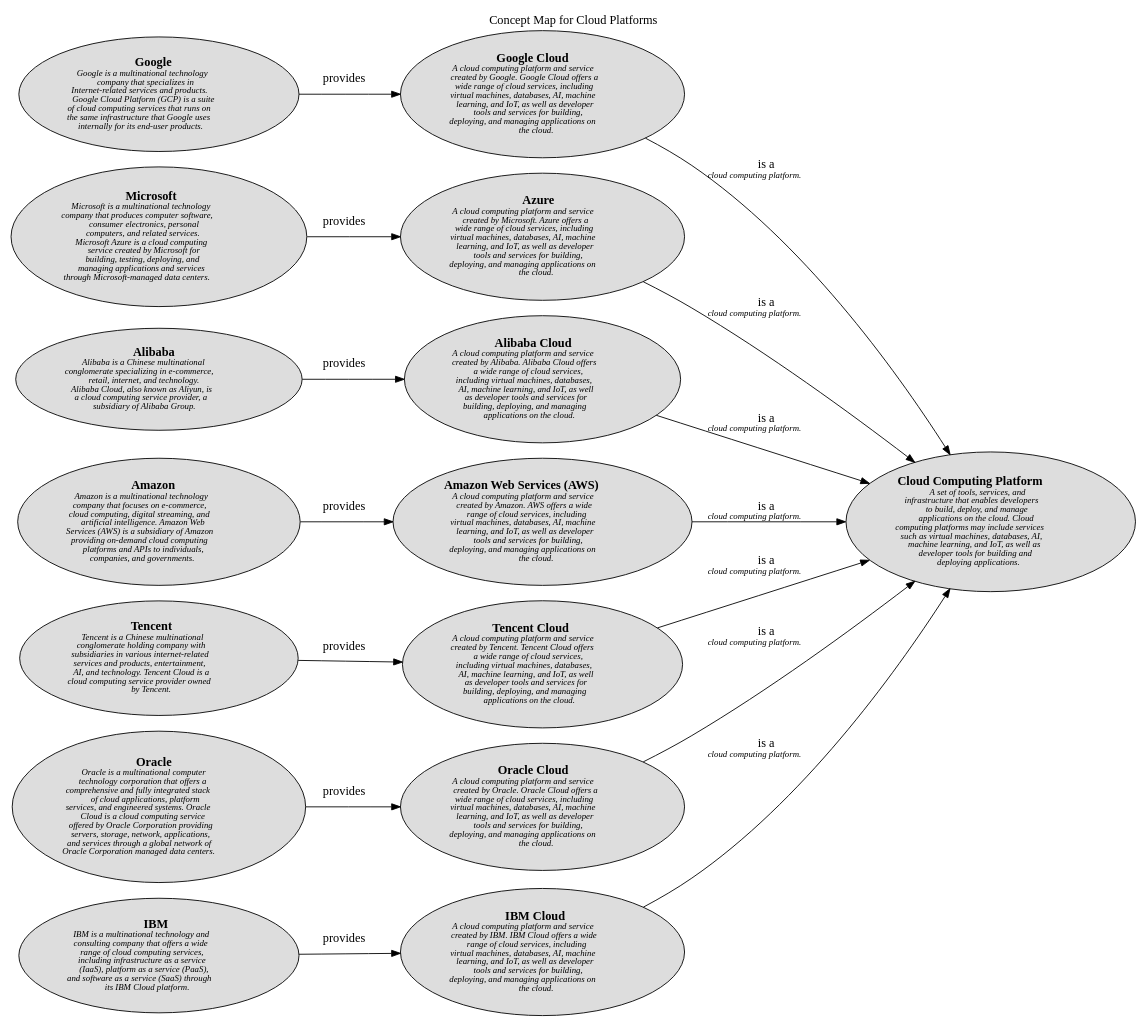
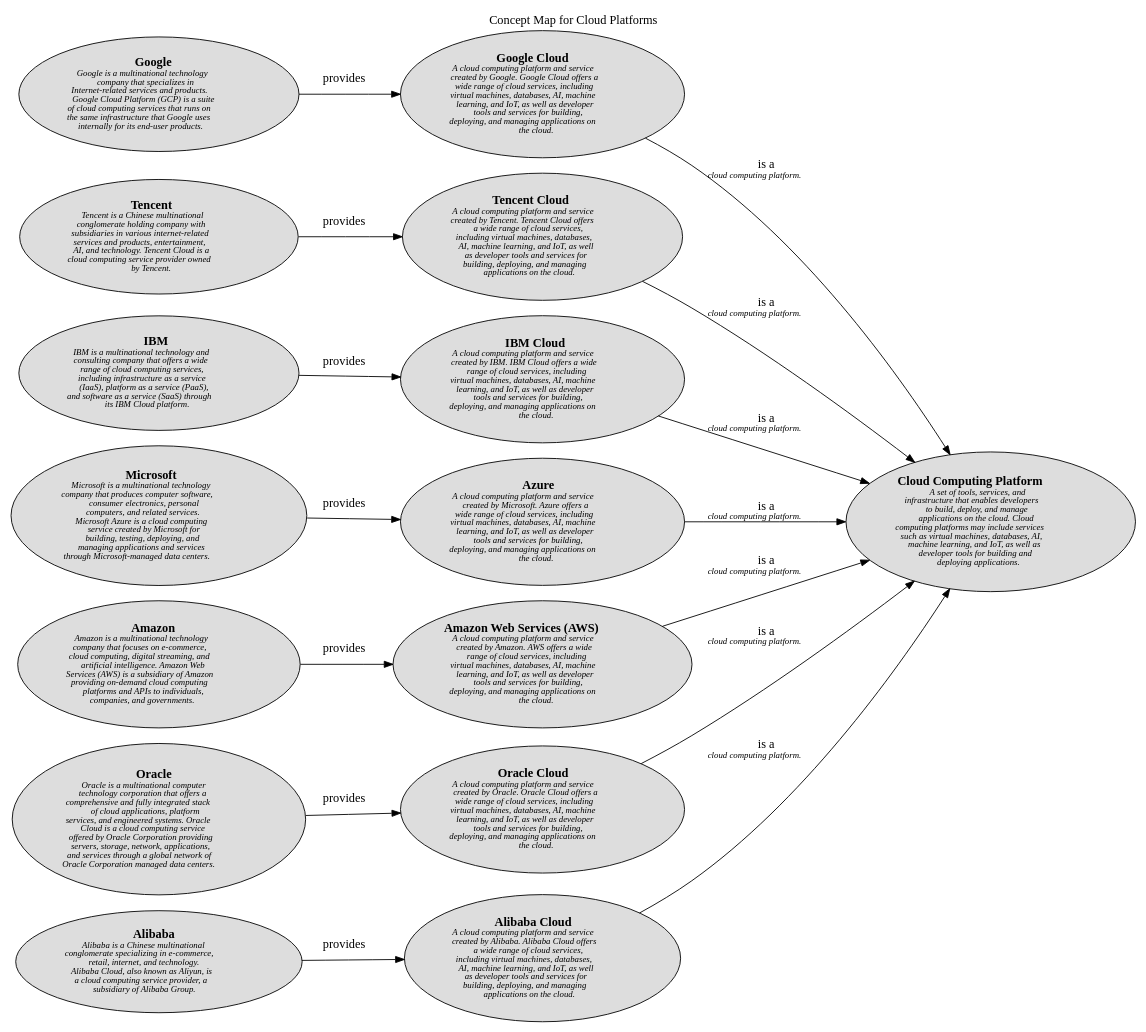
The diagram in docs/software-development/cloud/platform/concept-view.dot (lsolbach/overarch-models), drawn with Graphviz before and after one commit. The commit also changed other lines of this file and 70 other files, not shown here.

```diff
--- a/docs/software-development/cloud/platform/concept-view.dot
+++ b/docs/software-development/cloud/platform/concept-view.dot
@@ -1,40 +1,40 @@
 digraph "Concept Map for Cloud Platforms" {
   labelloc= "t"
   label="Concept Map for Cloud Platforms"
   rankdir="LR"
 
   layout=dot
-software_development_cloud_platform__ibm_cloud [shape=ellipse style=filled fillcolor="#dddddd" label=<<B>IBM Cloud</B><BR/><FONT POINT-SIZE="10"><I>A cloud computing platform and service<BR/>created by IBM. IBM Cloud offers a wide<BR/>range of cloud services, including<BR/>virtual machines, databases, AI, machine<BR/>learning, and IoT, as well as developer<BR/>tools and services for building,<BR/>deploying, and managing applications on<BR/>the cloud. </I></FONT>>]
 software_development_cloud_provider__google [shape=ellipse style=filled fillcolor="#dddddd" label=<<B>Google</B><BR/><FONT POINT-SIZE="10"><I>Google is a multinational technology<BR/>company that specializes in<BR/>Internet-related services and products.<BR/>Google Cloud Platform (GCP) is a suite<BR/>of cloud computing services that runs on<BR/>the same infrastructure that Google uses<BR/>internally for its end-user products. </I></FONT>>]
 software_development_cloud_provider__ibm [shape=ellipse style=filled fillcolor="#dddddd" label=<<B>IBM</B><BR/><FONT POINT-SIZE="10"><I>IBM is a multinational technology and<BR/>consulting company that offers a wide<BR/>range of cloud computing services,<BR/>including infrastructure as a service<BR/>(IaaS), platform as a service (PaaS),<BR/>and software as a service (SaaS) through<BR/>its IBM Cloud platform. </I></FONT>>]
 software_development_cloud_provider__amazon [shape=ellipse style=filled fillcolor="#dddddd" label=<<B>Amazon</B><BR/><FONT POINT-SIZE="10"><I>Amazon is a multinational technology<BR/>company that focuses on e-commerce,<BR/>cloud computing, digital streaming, and<BR/>artificial intelligence. Amazon Web<BR/>Services (AWS) is a subsidiary of Amazon<BR/>providing on-demand cloud computing<BR/>platforms and APIs to individuals,<BR/>companies, and governments. </I></FONT>>]
+software_development_cloud_platform__tencent_cloud [shape=ellipse style=filled fillcolor="#dddddd" label=<<B>Tencent Cloud</B><BR/><FONT POINT-SIZE="10"><I>A cloud computing platform and service<BR/>created by Tencent. Tencent Cloud offers<BR/>a wide range of cloud services,<BR/>including virtual machines, databases,<BR/>AI, machine learning, and IoT, as well<BR/>as developer tools and services for<BR/>building, deploying, and managing<BR/>applications on the cloud. </I></FONT>>]
 software_development_cloud_platform__google_cloud [shape=ellipse style=filled fillcolor="#dddddd" label=<<B>Google Cloud</B><BR/><FONT POINT-SIZE="10"><I>A cloud computing platform and service<BR/>created by Google. Google Cloud offers a<BR/>wide range of cloud services, including<BR/>virtual machines, databases, AI, machine<BR/>learning, and IoT, as well as developer<BR/>tools and services for building,<BR/>deploying, and managing applications on<BR/>the cloud. </I></FONT>>]
-software_development_cloud_platform__azure [shape=ellipse style=filled fillcolor="#dddddd" label=<<B>Azure</B><BR/><FONT POINT-SIZE="10"><I>A cloud computing platform and service<BR/>created by Microsoft. Azure offers a<BR/>wide range of cloud services, including<BR/>virtual machines, databases, AI, machine<BR/>learning, and IoT, as well as developer<BR/>tools and services for building,<BR/>deploying, and managing applications on<BR/>the cloud. </I></FONT>>]
+software_development_cloud_platform__ibm_cloud [shape=ellipse style=filled fillcolor="#dddddd" label=<<B>IBM Cloud</B><BR/><FONT POINT-SIZE="10"><I>A cloud computing platform and service<BR/>created by IBM. IBM Cloud offers a wide<BR/>range of cloud services, including<BR/>virtual machines, databases, AI, machine<BR/>learning, and IoT, as well as developer<BR/>tools and services for building,<BR/>deploying, and managing applications on<BR/>the cloud. </I></FONT>>]
 software_development_cloud__cloud_computing_platform [shape=ellipse style=filled fillcolor="#dddddd" label=<<B>Cloud Computing Platform</B><BR/><FONT POINT-SIZE="10"><I>A set of tools, services, and<BR/>infrastructure that enables developers<BR/>to build, deploy, and manage<BR/>applications on the cloud. Cloud<BR/>computing platforms may include services<BR/>such as virtual machines, databases, AI,<BR/>machine learning, and IoT, as well as<BR/>developer tools for building and<BR/>deploying applications. </I></FONT>>]
 software_development_cloud_provider__alibaba [shape=ellipse style=filled fillcolor="#dddddd" label=<<B>Alibaba</B><BR/><FONT POINT-SIZE="10"><I>Alibaba is a Chinese multinational<BR/>conglomerate specializing in e-commerce,<BR/>retail, internet, and technology.<BR/>Alibaba Cloud, also known as Aliyun, is<BR/>a cloud computing service provider, a<BR/>subsidiary of Alibaba Group. </I></FONT>>]
+software_development_cloud_platform__azure [shape=ellipse style=filled fillcolor="#dddddd" label=<<B>Azure</B><BR/><FONT POINT-SIZE="10"><I>A cloud computing platform and service<BR/>created by Microsoft. Azure offers a<BR/>wide range of cloud services, including<BR/>virtual machines, databases, AI, machine<BR/>learning, and IoT, as well as developer<BR/>tools and services for building,<BR/>deploying, and managing applications on<BR/>the cloud. </I></FONT>>]
 software_development_cloud_provider__microsoft [shape=ellipse style=filled fillcolor="#dddddd" label=<<B>Microsoft</B><BR/><FONT POINT-SIZE="10"><I>Microsoft is a multinational technology<BR/>company that produces computer software,<BR/>consumer electronics, personal<BR/>computers, and related services.<BR/>Microsoft Azure is a cloud computing<BR/>service created by Microsoft for<BR/>building, testing, deploying, and<BR/>managing applications and services<BR/>through Microsoft-managed data centers. </I></FONT>>]
 software_development_cloud_provider__tencent [shape=ellipse style=filled fillcolor="#dddddd" label=<<B>Tencent</B><BR/><FONT POINT-SIZE="10"><I>Tencent is a Chinese multinational<BR/>conglomerate holding company with<BR/>subsidiaries in various internet-related<BR/>services and products, entertainment,<BR/>AI, and technology. Tencent Cloud is a<BR/>cloud computing service provider owned<BR/>by Tencent. </I></FONT>>]
+software_development_cloud_platform__aws [shape=ellipse style=filled fillcolor="#dddddd" label=<<B>Amazon Web Services (AWS)</B><BR/><FONT POINT-SIZE="10"><I>A cloud computing platform and service<BR/>created by Amazon. AWS offers a wide<BR/>range of cloud services, including<BR/>virtual machines, databases, AI, machine<BR/>learning, and IoT, as well as developer<BR/>tools and services for building,<BR/>deploying, and managing applications on<BR/>the cloud. </I></FONT>>]
+software_development_cloud_platform__oracle_cloud [shape=ellipse style=filled fillcolor="#dddddd" label=<<B>Oracle Cloud</B><BR/><FONT POINT-SIZE="10"><I>A cloud computing platform and service<BR/>created by Oracle. Oracle Cloud offers a<BR/>wide range of cloud services, including<BR/>virtual machines, databases, AI, machine<BR/>learning, and IoT, as well as developer<BR/>tools and services for building,<BR/>deploying, and managing applications on<BR/>the cloud. </I></FONT>>]
+software_development_cloud_provider__oracle [shape=ellipse style=filled fillcolor="#dddddd" label=<<B>Oracle</B><BR/><FONT POINT-SIZE="10"><I>Oracle is a multinational computer<BR/>technology corporation that offers a<BR/>comprehensive and fully integrated stack<BR/>of cloud applications, platform<BR/>services, and engineered systems. Oracle<BR/>Cloud is a cloud computing service<BR/>offered by Oracle Corporation providing<BR/>servers, storage, network, applications,<BR/>and services through a global network of<BR/>Oracle Corporation managed data centers. </I></FONT>>]
 software_development_cloud_platform__alibaba_cloud [shape=ellipse style=filled fillcolor="#dddddd" label=<<B>Alibaba Cloud</B><BR/><FONT POINT-SIZE="10"><I>A cloud computing platform and service<BR/>created by Alibaba. Alibaba Cloud offers<BR/>a wide range of cloud services,<BR/>including virtual machines, databases,<BR/>AI, machine learning, and IoT, as well<BR/>as developer tools and services for<BR/>building, deploying, and managing<BR/>applications on the cloud. </I></FONT>>]
-software_development_cloud_platform__aws [shape=ellipse style=filled fillcolor="#dddddd" label=<<B>Amazon Web Services (AWS)</B><BR/><FONT POINT-SIZE="10"><I>A cloud computing platform and service<BR/>created by Amazon. AWS offers a wide<BR/>range of cloud services, including<BR/>virtual machines, databases, AI, machine<BR/>learning, and IoT, as well as developer<BR/>tools and services for building,<BR/>deploying, and managing applications on<BR/>the cloud. </I></FONT>>]
-software_development_cloud_provider__oracle [shape=ellipse style=filled fillcolor="#dddddd" label=<<B>Oracle</B><BR/><FONT POINT-SIZE="10"><I>Oracle is a multinational computer<BR/>technology corporation that offers a<BR/>comprehensive and fully integrated stack<BR/>of cloud applications, platform<BR/>services, and engineered systems. Oracle<BR/>Cloud is a cloud computing service<BR/>offered by Oracle Corporation providing<BR/>servers, storage, network, applications,<BR/>and services through a global network of<BR/>Oracle Corporation managed data centers. </I></FONT>>]
-software_development_cloud_platform__tencent_cloud [shape=ellipse style=filled fillcolor="#dddddd" label=<<B>Tencent Cloud</B><BR/><FONT POINT-SIZE="10"><I>A cloud computing platform and service<BR/>created by Tencent. Tencent Cloud offers<BR/>a wide range of cloud services,<BR/>including virtual machines, databases,<BR/>AI, machine learning, and IoT, as well<BR/>as developer tools and services for<BR/>building, deploying, and managing<BR/>applications on the cloud. </I></FONT>>]
-software_development_cloud_platform__oracle_cloud [shape=ellipse style=filled fillcolor="#dddddd" label=<<B>Oracle Cloud</B><BR/><FONT POINT-SIZE="10"><I>A cloud computing platform and service<BR/>created by Oracle. Oracle Cloud offers a<BR/>wide range of cloud services, including<BR/>virtual machines, databases, AI, machine<BR/>learning, and IoT, as well as developer<BR/>tools and services for building,<BR/>deploying, and managing applications on<BR/>the cloud. </I></FONT>>]
  
 software_development_cloud_platform__ibm_cloud -> software_development_cloud__cloud_computing_platform [label=<is a<BR/><FONT POINT-SIZE="10"><I>cloud computing platform. </I></FONT>>]
 software_development_cloud_platform__alibaba_cloud -> software_development_cloud__cloud_computing_platform [label=<is a<BR/><FONT POINT-SIZE="10"><I>cloud computing platform. </I></FONT>>]
 software_development_cloud_provider__alibaba -> software_development_cloud_platform__alibaba_cloud [label=<provides<BR/><FONT POINT-SIZE="10"><I> </I></FONT>>]
 software_development_cloud_platform__oracle_cloud -> software_development_cloud__cloud_computing_platform [label=<is a<BR/><FONT POINT-SIZE="10"><I>cloud computing platform. </I></FONT>>]
 software_development_cloud_provider__ibm -> software_development_cloud_platform__ibm_cloud [label=<provides<BR/><FONT POINT-SIZE="10"><I> </I></FONT>>]
 software_development_cloud_provider__oracle -> software_development_cloud_platform__oracle_cloud [label=<provides<BR/><FONT POINT-SIZE="10"><I> </I></FONT>>]
 software_development_cloud_platform__google_cloud -> software_development_cloud__cloud_computing_platform [label=<is a<BR/><FONT POINT-SIZE="10"><I>cloud computing platform. </I></FONT>>]
 software_development_cloud_provider__amazon -> software_development_cloud_platform__aws [label=<provides<BR/><FONT POINT-SIZE="10"><I> </I></FONT>>]
 software_development_cloud_platform__azure -> software_development_cloud__cloud_computing_platform [label=<is a<BR/><FONT POINT-SIZE="10"><I>cloud computing platform. </I></FONT>>]
 software_development_cloud_platform__tencent_cloud -> software_development_cloud__cloud_computing_platform [label=<is a<BR/><FONT POINT-SIZE="10"><I>cloud computing platform. </I></FONT>>]
 software_development_cloud_provider__microsoft -> software_development_cloud_platform__azure [label=<provides<BR/><FONT POINT-SIZE="10"><I> </I></FONT>>]
 software_development_cloud_provider__tencent -> software_development_cloud_platform__tencent_cloud [label=<provides<BR/><FONT POINT-SIZE="10"><I> </I></FONT>>]
 software_development_cloud_platform__aws -> software_development_cloud__cloud_computing_platform [label=<is a<BR/><FONT POINT-SIZE="10"><I>cloud computing platform. </I></FONT>>]
 software_development_cloud_provider__google -> software_development_cloud_platform__google_cloud [label=<provides<BR/><FONT POINT-SIZE="10"><I> </I></FONT>>]
  
 }
 
 // (generated by Overarch with template views/view.dot.cmb)
```
